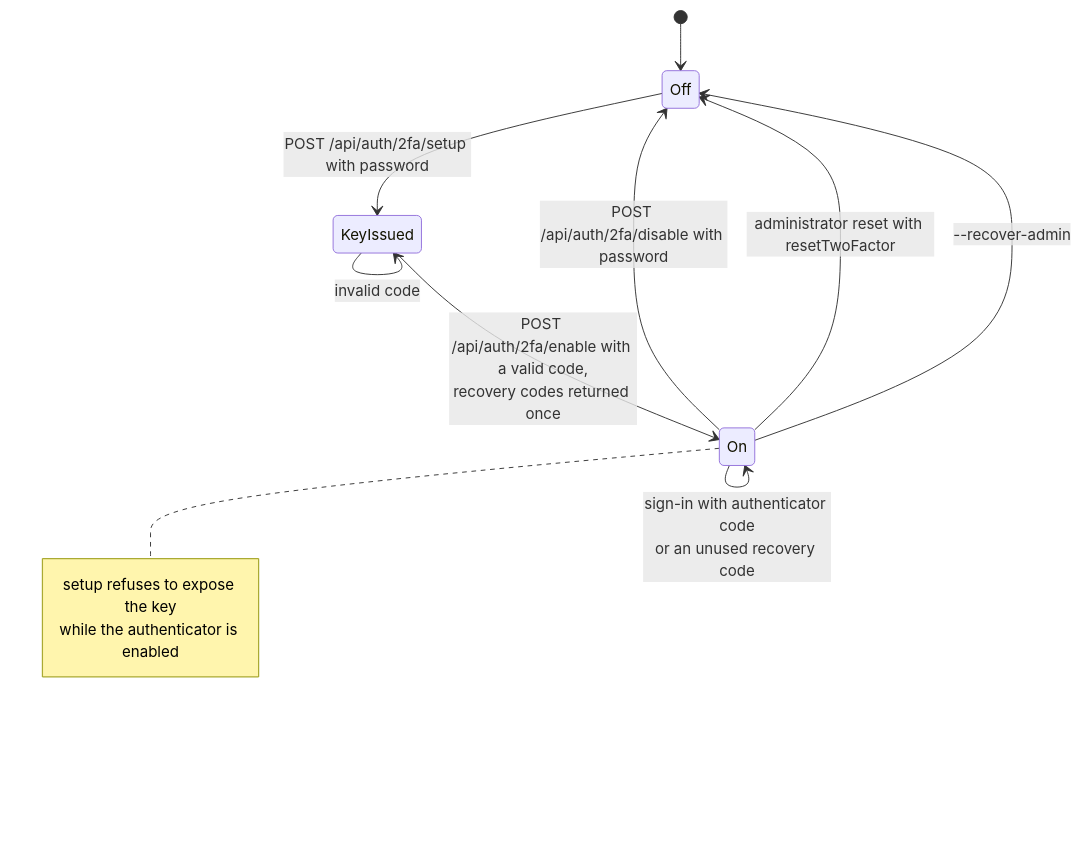
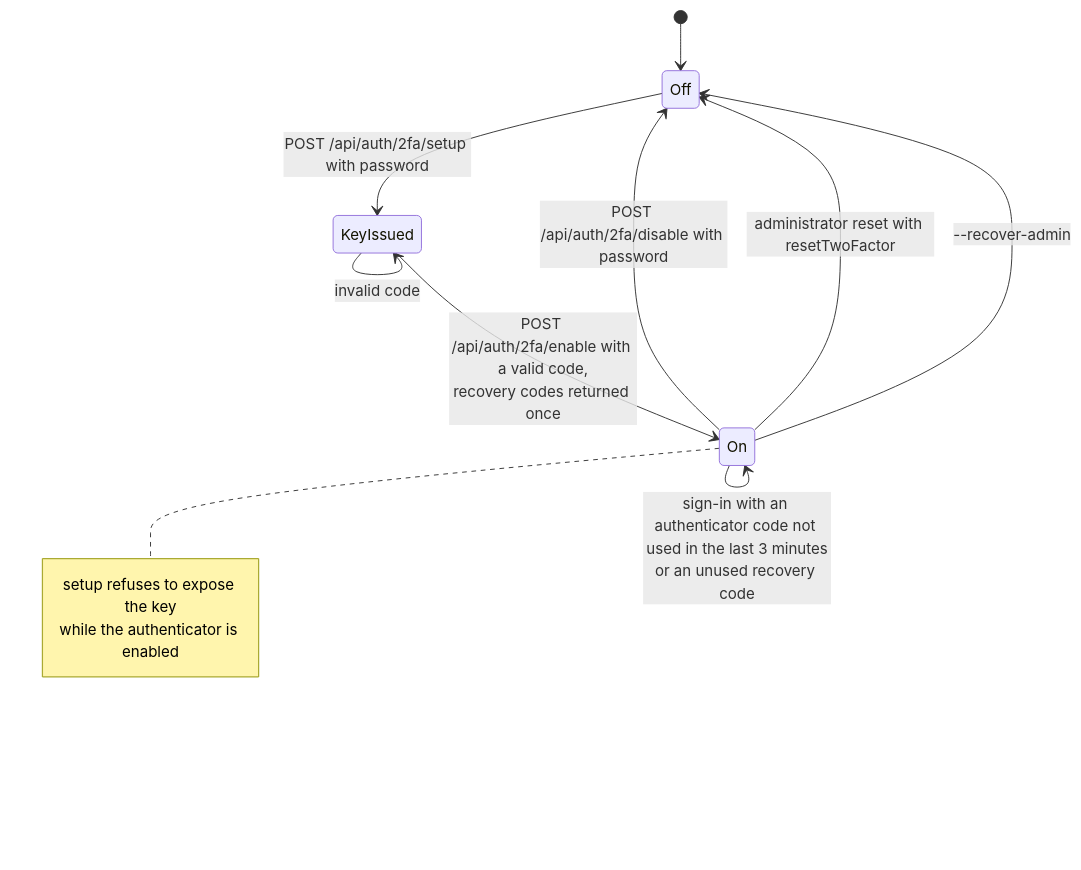
One commit to Justxs/Jx-Finance changed the diagram in docs/features/two-factor-authentication.md. Above: the diagram before and after it, drawn with Mermaid. The commit also changed other lines of this file and 369 other files, not shown here.

````diff
--- a/docs/features/two-factor-authentication.md
+++ b/docs/features/two-factor-authentication.md
@@ -7,15 +11,15 @@
 ```mermaid
 stateDiagram-v2
     [*] --> Off
     Off --> KeyIssued: POST /api/auth/2fa/setup with password
     KeyIssued --> On: POST /api/auth/2fa/enable with a valid code,<br/>recovery codes returned once
     KeyIssued --> KeyIssued: invalid code
     On --> Off: POST /api/auth/2fa/disable with password
     On --> Off: administrator reset with resetTwoFactor
     On --> Off: --recover-admin
-    On --> On: sign-in with authenticator code<br/>or an unused recovery code
+    On --> On: sign-in with an authenticator code not used in the last 3 minutes<br/>or an unused recovery code
     note right of On
         setup refuses to expose the key
         while the authenticator is enabled
     end note
 ```
````
